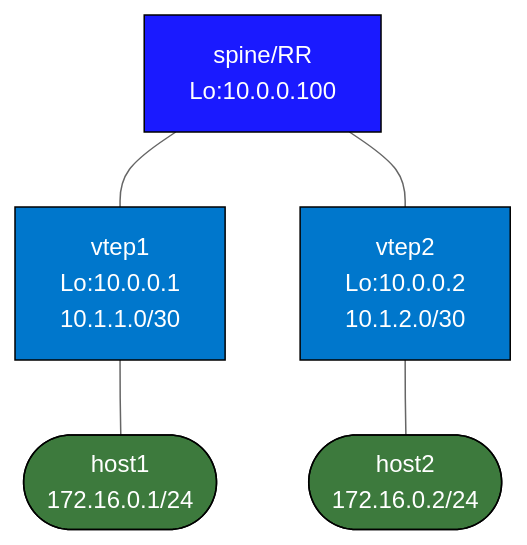
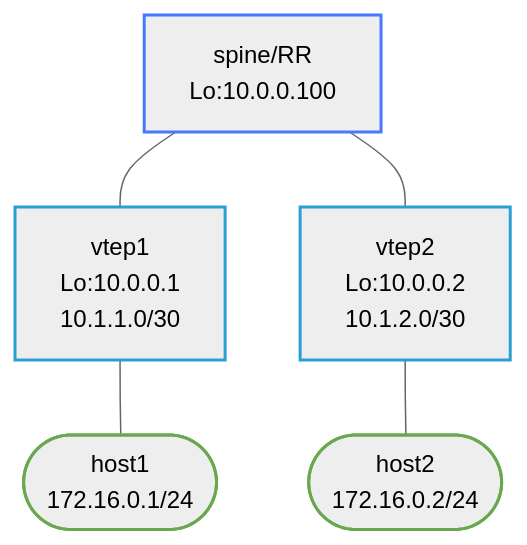
One commit to jschless/networkingLabs changed the diagram in labs/vxlan-evpn-srlinux/README.md. Above: the diagram before and after it, drawn with Mermaid (neutral theme). The commit also changed 250 other files, not shown here.

Commit message:
Fix unreadable topology diagrams, convert ASCII art, publish assessments (#57)

````diff
--- a/labs/vxlan-evpn-srlinux/README.md
+++ b/labs/vxlan-evpn-srlinux/README.md
@@ -17,19 +17,19 @@
 ```mermaid
 flowchart TB
-    spine["spine/RR\nLo:10.0.0.100"]
-    vtep1["vtep1\nLo:10.0.0.1\n10.1.1.0/30"]
-    vtep2["vtep2\nLo:10.0.0.2\n10.1.2.0/30"]
-    host1(["host1\n172.16.0.1/24"])
-    host2(["host2\n172.16.0.2/24"])
+    spine["spine/RR<br/>Lo:10.0.0.100"]
+    vtep1["vtep1<br/>Lo:10.0.0.1<br/>10.1.1.0/30"]
+    vtep2["vtep2<br/>Lo:10.0.0.2<br/>10.1.2.0/30"]
+    host1(["host1<br/>172.16.0.1/24"])
+    host2(["host2<br/>172.16.0.2/24"])
 
     spine --- vtep1 & vtep2
     vtep1 --- host1
     vtep2 --- host2
 
-    classDef spine fill:#1a1aff,color:#fff,stroke:#000
-    classDef vtep  fill:#0077cc,color:#fff,stroke:#000
-    classDef host  fill:#3d7a3d,color:#fff,stroke:#000
+    classDef spine stroke:#4778ff,stroke-width:2px
+    classDef vtep stroke:#2a9fd6,stroke-width:2px
+    classDef host stroke:#6aa84f,stroke-width:2px
     class spine spine
     class vtep1,vtep2 vtep
     class host1,host2 host
 ```
````
